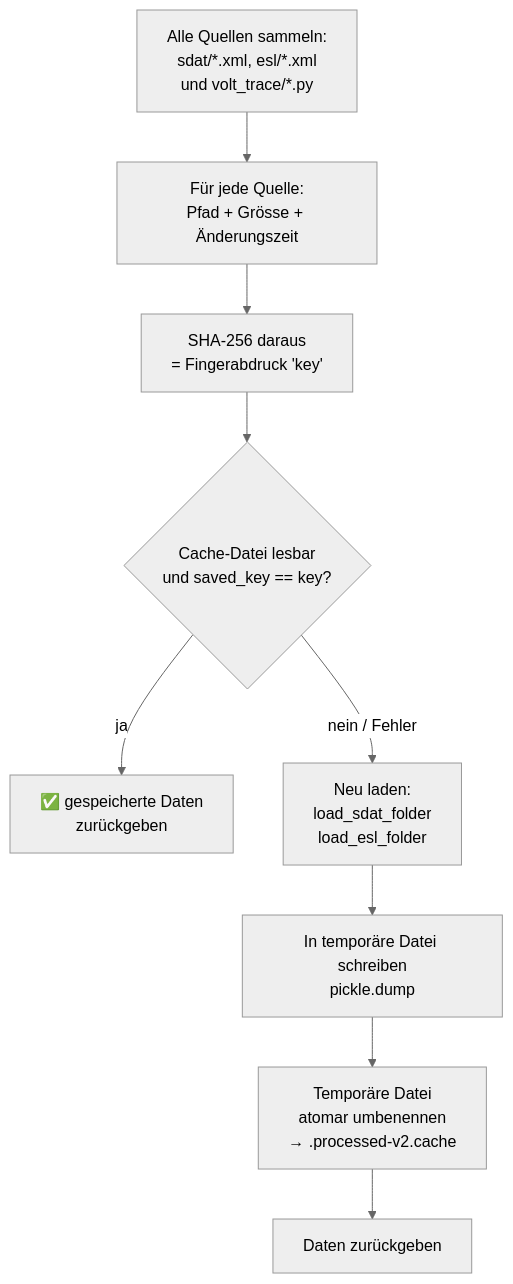
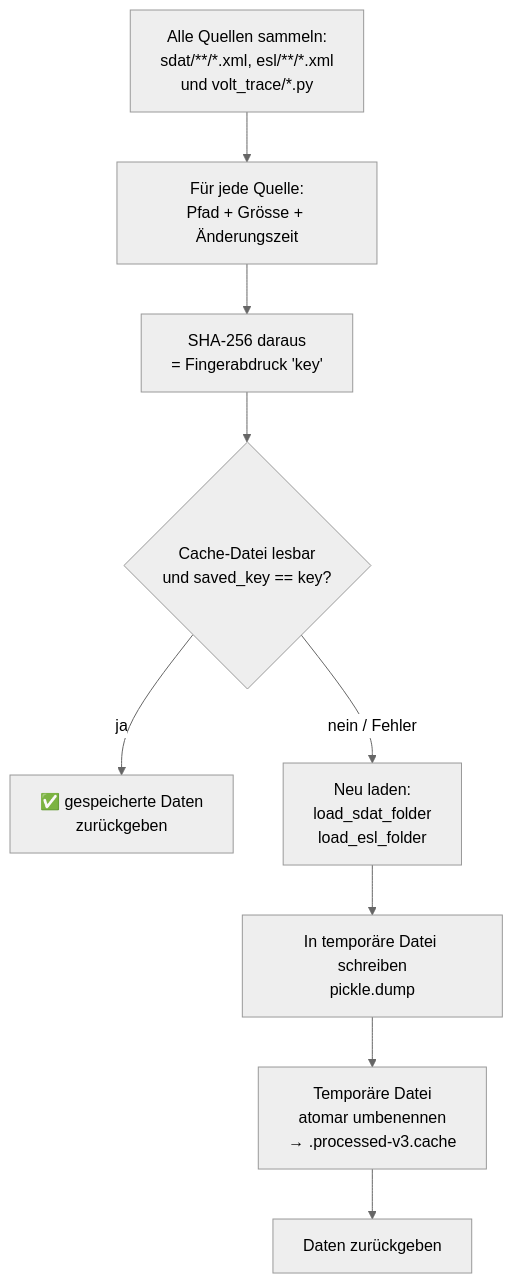
Before and after one commit to im24b-seminaral/volt-trace: the tenth of 13 diagrams in PYTHON.md, drawn with Mermaid (neutral theme). The commit also changed other lines of this file and 2 other files, not shown here.

````diff
--- a/PYTHON.md
+++ b/PYTHON.md
@@ -875,11 +960,11 @@
 ```mermaid
 flowchart TD
-    A["Alle Quellen sammeln:<br/>sdat/*.xml, esl/*.xml<br/>und volt_trace/*.py"] --> B["Für jede Quelle:<br/>Pfad + Grösse + Änderungszeit"]
+    A["Alle Quellen sammeln:<br/>sdat/**/*.xml, esl/**/*.xml<br/>und volt_trace/*.py"] --> B["Für jede Quelle:<br/>Pfad + Grösse + Änderungszeit"]
     B --> C["SHA-256 daraus<br/>= Fingerabdruck 'key'"]
     C --> D{"Cache-Datei lesbar<br/>und saved_key == key?"}
     D -->|ja| E["✅ gespeicherte Daten<br/>zurückgeben"]
     D -->|"nein / Fehler"| F["Neu laden:<br/>load_sdat_folder<br/>load_esl_folder"]
     F --> G["In temporäre Datei schreiben<br/>pickle.dump"]
-    G --> H["Temporäre Datei<br/>atomar umbenennen<br/>→ .processed-v2.cache"]
+    G --> H["Temporäre Datei<br/>atomar umbenennen<br/>→ .processed-v3.cache"]
     H --> I["Daten zurückgeben"]
 ```
````
